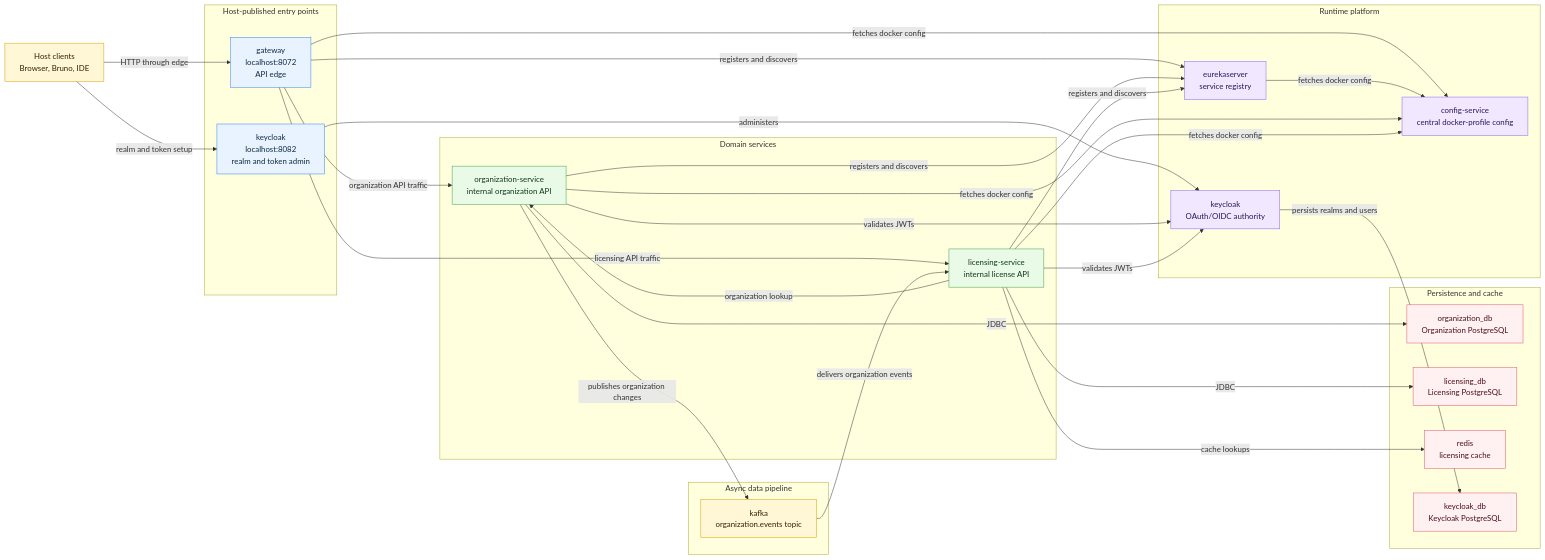
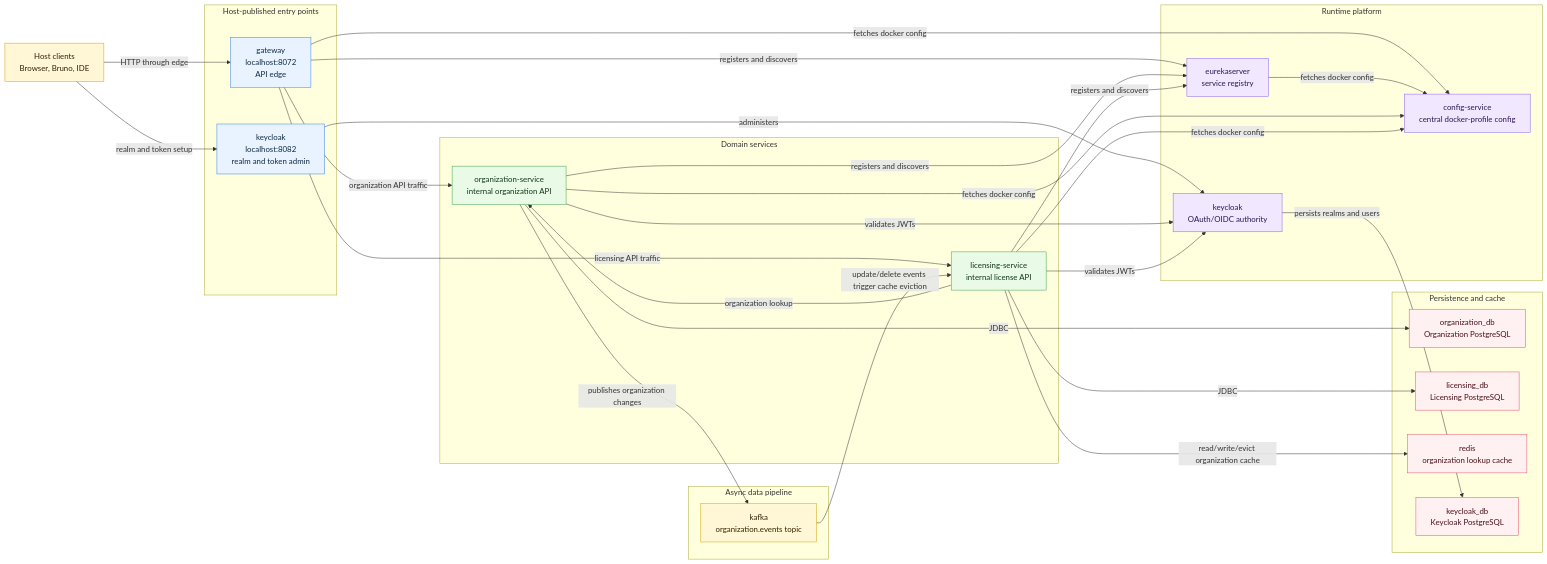
Before and after one commit to albihasani94/deployment: the first of 2 diagrams in README.md, drawn with Mermaid. The commit also changed other lines of this file, not shown here.

Commit message:
Update diagram

````diff
--- a/README.md
+++ b/README.md
@@ -15,70 +15,70 @@
 ```mermaid
 flowchart LR
     host["Host clients<br/>Browser, Bruno, IDE"]
 
     subgraph Entry["Host-published entry points"]
         gateway["gateway<br/>localhost:8072<br/>API edge"]
         keycloakUi["keycloak<br/>localhost:8082<br/>realm and token admin"]
     end
 
     subgraph Platform["Runtime platform"]
         config["config-service<br/>central docker-profile config"]
         eureka["eurekaserver<br/>service registry"]
         keycloak["keycloak<br/>OAuth/OIDC authority"]
     end
 
     subgraph Domain["Domain services"]
         org["organization-service<br/>internal organization API"]
         licensing["licensing-service<br/>internal license API"]
     end
 
     subgraph State["Persistence and cache"]
         orgDb["organization_db<br/>Organization PostgreSQL"]
         licensingDb["licensing_db<br/>Licensing PostgreSQL"]
-        redis["redis<br/>licensing cache"]
+        redis["redis<br/>organization lookup cache"]
         keycloakDb["keycloak_db<br/>Keycloak PostgreSQL"]
     end
 
     subgraph Messaging["Async data pipeline"]
         kafka["kafka<br/>organization.events topic"]
     end
 
     host -->|HTTP through edge| gateway
     host -->|realm and token setup| keycloakUi
 
     gateway -->|organization API traffic| org
     gateway -->|licensing API traffic| licensing
     licensing -->|organization lookup| org
 
     gateway -->|fetches docker config| config
     eureka -->|fetches docker config| config
     org -->|fetches docker config| config
     licensing -->|fetches docker config| config
     gateway -->|registers and discovers| eureka
     org -->|registers and discovers| eureka
     licensing -->|registers and discovers| eureka
 
     keycloakUi -->|administers| keycloak
     org -->|validates JWTs| keycloak
     licensing -->|validates JWTs| keycloak
     keycloak -->|persists realms and users| keycloakDb
 
     org -->|JDBC| orgDb
     licensing -->|JDBC| licensingDb
-    licensing -->|cache lookups| redis
+    licensing -->|read/write/evict organization cache| redis
     org -->|publishes organization changes| kafka
-    kafka -->|delivers organization events| licensing
+    kafka -->|update/delete events trigger cache eviction| licensing
 
     classDef hostNode fill:#fff7d6,stroke:#d59e00,color:#332300;
     classDef entryNode fill:#e8f3ff,stroke:#2f80ed,color:#102a43;
     classDef controlNode fill:#f1e8ff,stroke:#8b5cf6,color:#2d1654;
     classDef domainNode fill:#e9fbe7,stroke:#3c9f45,color:#12351a;
     classDef stateNode fill:#fff0f1,stroke:#e05265,color:#4a1019;
     classDef messagingNode fill:#fff7d6,stroke:#d59e00,color:#332300;
     class host hostNode;
     class gateway,keycloakUi entryNode;
     class config,eureka,keycloak controlNode;
     class org,licensing domainNode;
     class orgDb,licensingDb,redis,keycloakDb stateNode;
     class kafka messagingNode;
 ```
````
